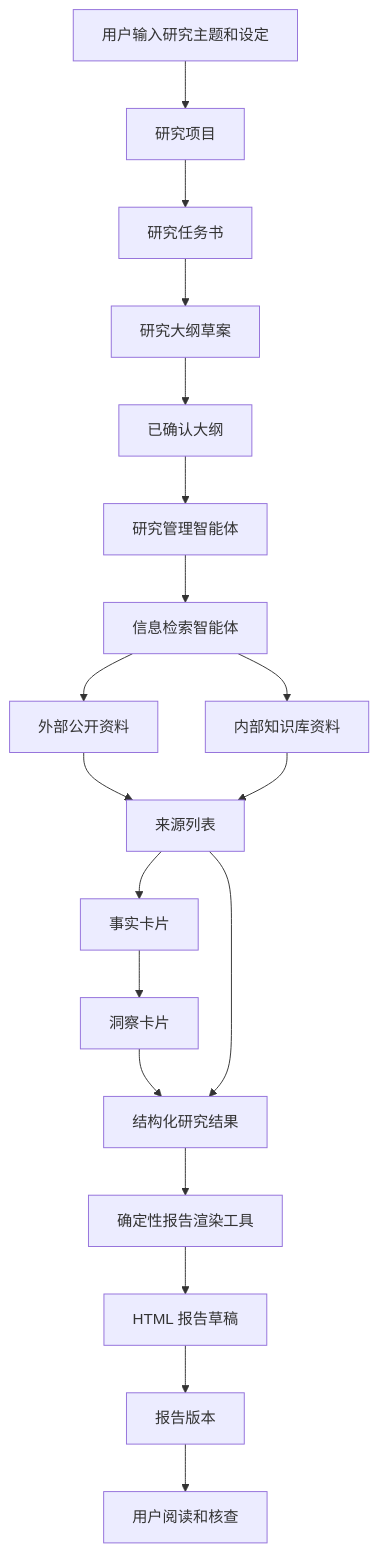
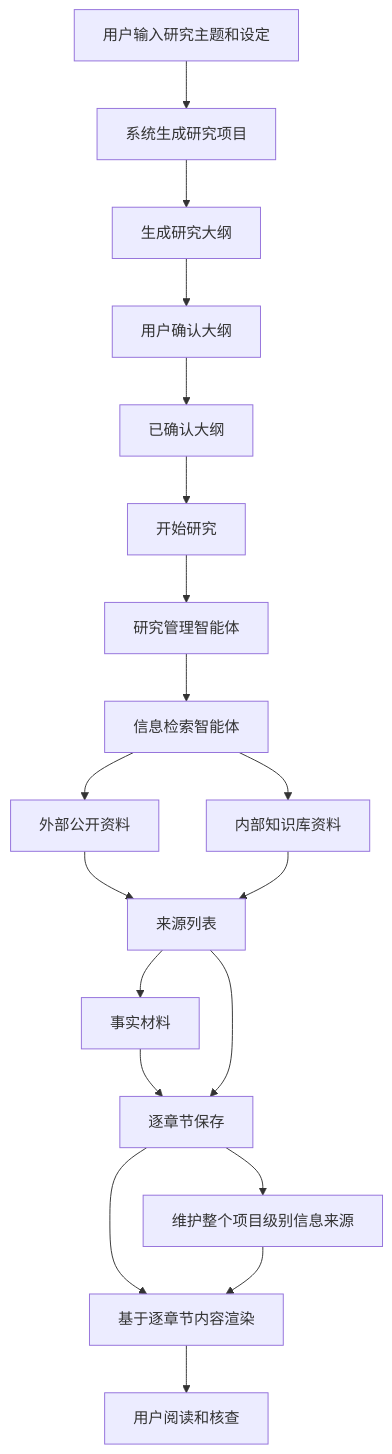
Before and after one commit to JxKim/DeepResearch: the first of 8 diagrams in 最终课件/01_项目概述与架构设计.md, drawn with Mermaid. The commit also changed other lines of this file and 28 other files, not shown here.

````diff
--- a/最终课件/01_项目概述与架构设计.md
+++ b/最终课件/01_项目概述与架构设计.md
@@ -89,41 +39,39 @@
 ```mermaid
 flowchart TD
 
     用户输入[用户输入研究主题和设定]
-    研究项目[研究项目]
-    研究任务书[研究任务书]
-    研究大纲[研究大纲草案]
+    研究项目[系统生成研究项目]
+    研究任务书[生成研究大纲]
+    用户确认大纲[用户确认大纲]
     已确认大纲[已确认大纲]
     研究管理智能体[研究管理智能体]
     信息检索智能体[信息检索智能体]
     外部资料[外部公开资料]
     内部资料[内部知识库资料]
     来源列表[来源列表]
-    事实卡片[事实卡片]
-    洞察卡片[洞察卡片]
-    结构化研究结果[结构化研究结果]
-    报告渲染工具[确定性报告渲染工具]
-    报告草稿[HTML 报告草稿]
-    报告版本[报告版本]
+    事实材料[事实材料]
+    章节结果[逐章节保存]
+    项目来源[维护整个项目级别信息来源]
+    渲染输入[基于逐章节内容渲染]
     用户反馈[用户阅读和核查]
 
     用户输入 --> 研究项目
     研究项目 --> 研究任务书
-    研究任务书 --> 研究大纲
-    研究大纲 --> 已确认大纲
-    已确认大纲 --> 研究管理智能体
+    研究任务书 --> 用户确认大纲
+    用户确认大纲 --> 已确认大纲
+    已确认大纲 --> 开始研究
+    开始研究 --> 研究管理智能体
 
     研究管理智能体 --> 信息检索智能体
     信息检索智能体 --> 外部资料
     信息检索智能体 --> 内部资料
     外部资料 --> 来源列表
     内部资料 --> 来源列表
-    来源列表 --> 事实卡片
-    事实卡片 --> 洞察卡片
-    洞察卡片 --> 结构化研究结果
-    来源列表 --> 结构化研究结果
-    结构化研究结果 --> 报告渲染工具
-    报告渲染工具 --> 报告草稿
-    报告草稿 --> 报告版本
-    报告版本 --> 用户反馈
+    来源列表 --> 事实材料
+    事实材料 --> 章节结果
+    来源列表 --> 章节结果
+    章节结果 --> 项目来源
+    章节结果 --> 渲染输入
+    项目来源 --> 渲染输入
+    渲染输入 --> 用户反馈
 ```
````
